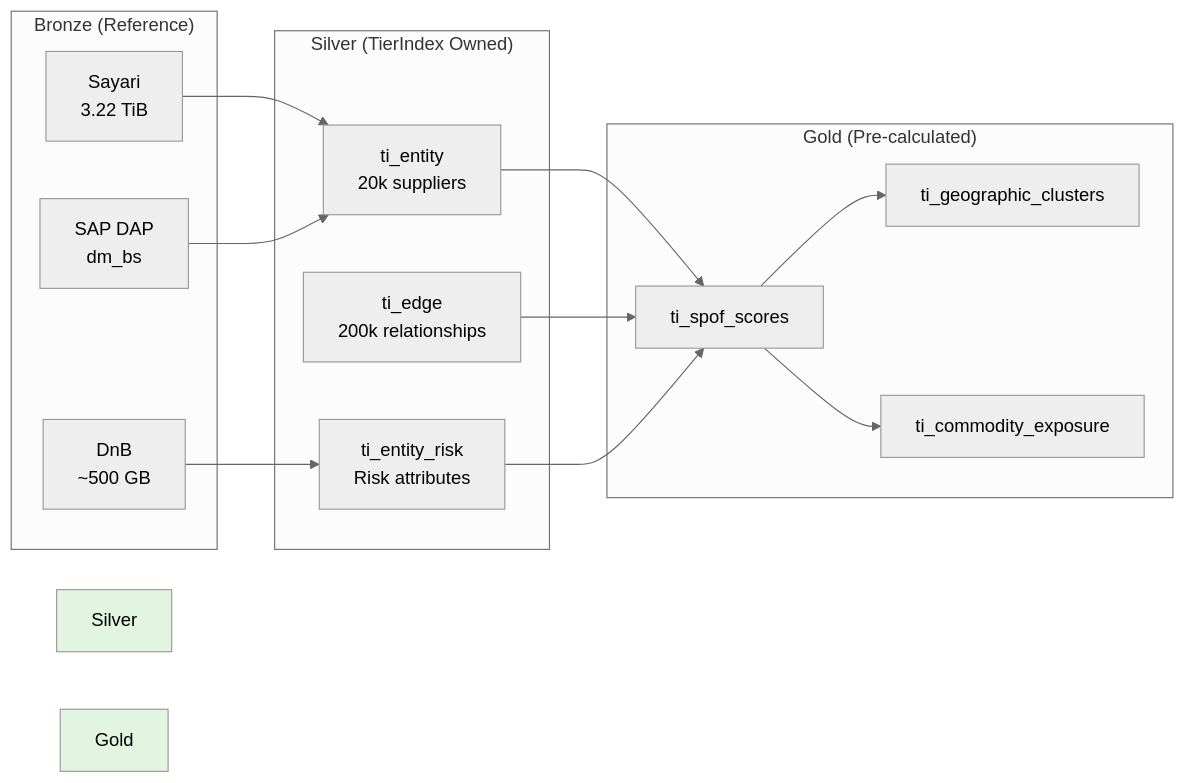
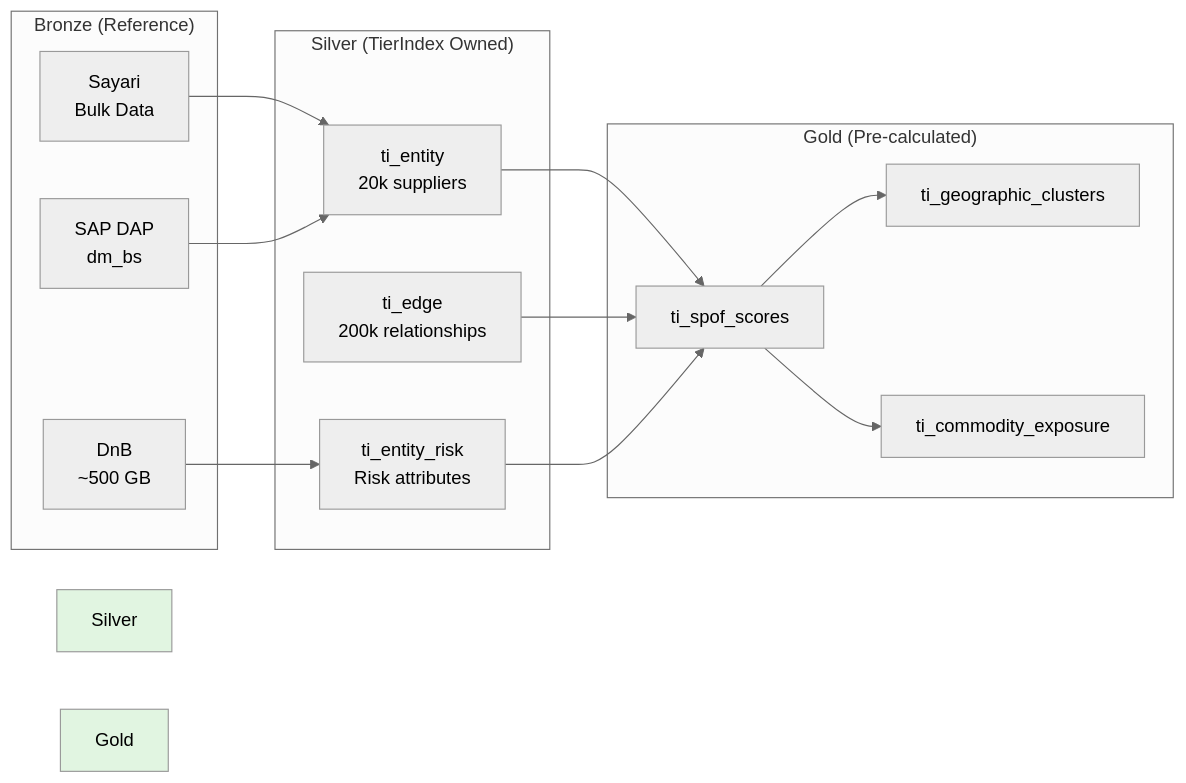
One commit to minarovic/front_archi-agent changed the diagram in docs_langgraph/workshop_presentation/05_slide_deck.md. Above: the diagram before and after it, drawn with Mermaid (neutral theme). The commit also changed other lines of this file and 4 other files, not shown here.

First line of the commit message:
docs(workshop): standardize workshop examples to pseudo-code/diagrams and remove explicit bulk-size details

````diff
--- a/docs_langgraph/workshop_presentation/05_slide_deck.md
+++ b/docs_langgraph/workshop_presentation/05_slide_deck.md
@@ -136,32 +136,32 @@
 ```mermaid
 graph LR
     subgraph "Bronze (Reference)"
-        SB[Sayari<br/>3.22 TiB]
+        SB[Sayari<br/>Bulk Data]
         DB[DnB<br/>~500 GB]
         SAPB[SAP DAP<br/>dm_bs]
     end
 
     subgraph "Silver (TierIndex Owned)"
         ENT[ti_entity<br/>20k suppliers]
         EDGE[ti_edge<br/>200k relationships]
         RISK[ti_entity_risk<br/>Risk attributes]
     end
 
     subgraph "Gold (Pre-calculated)"
         SPOF[ti_spof_scores]
         GEO[ti_geographic_clusters]
         COMM[ti_commodity_exposure]
     end
 
     SB --> ENT
     DB --> RISK
     SAPB --> ENT
     ENT --> SPOF
     EDGE --> SPOF
     RISK --> SPOF
     SPOF --> GEO
     SPOF --> COMM
 
     style Silver fill:#e1f5e1
     style Gold fill:#e1f5e1
 ```
````
